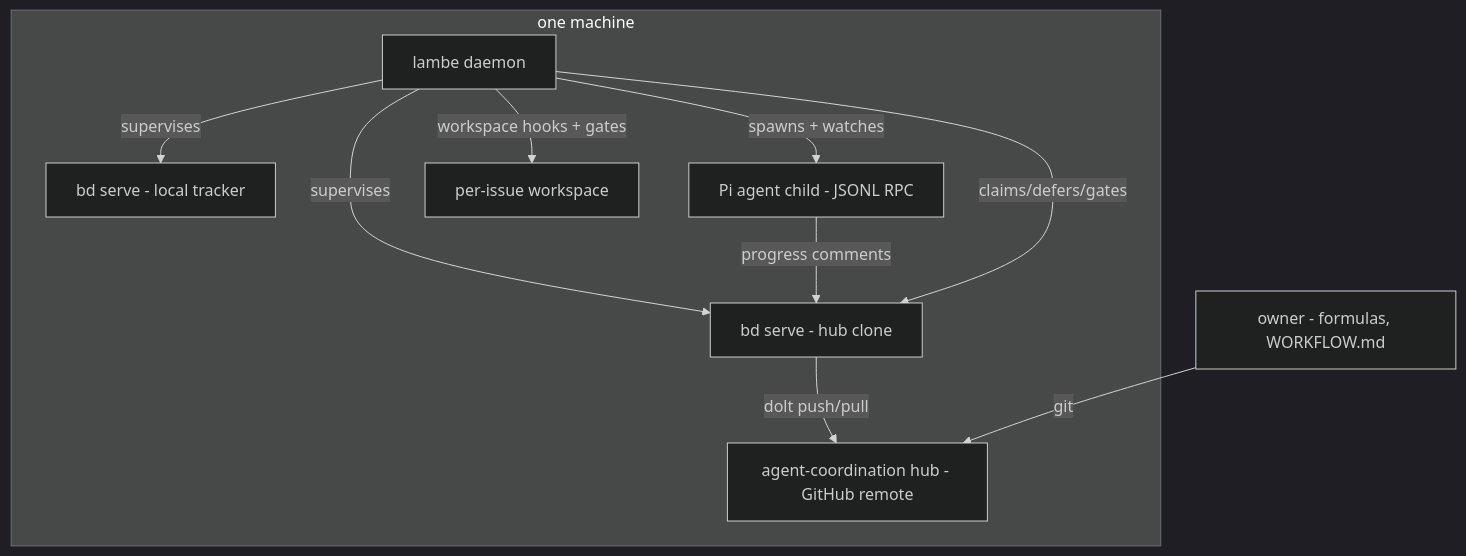
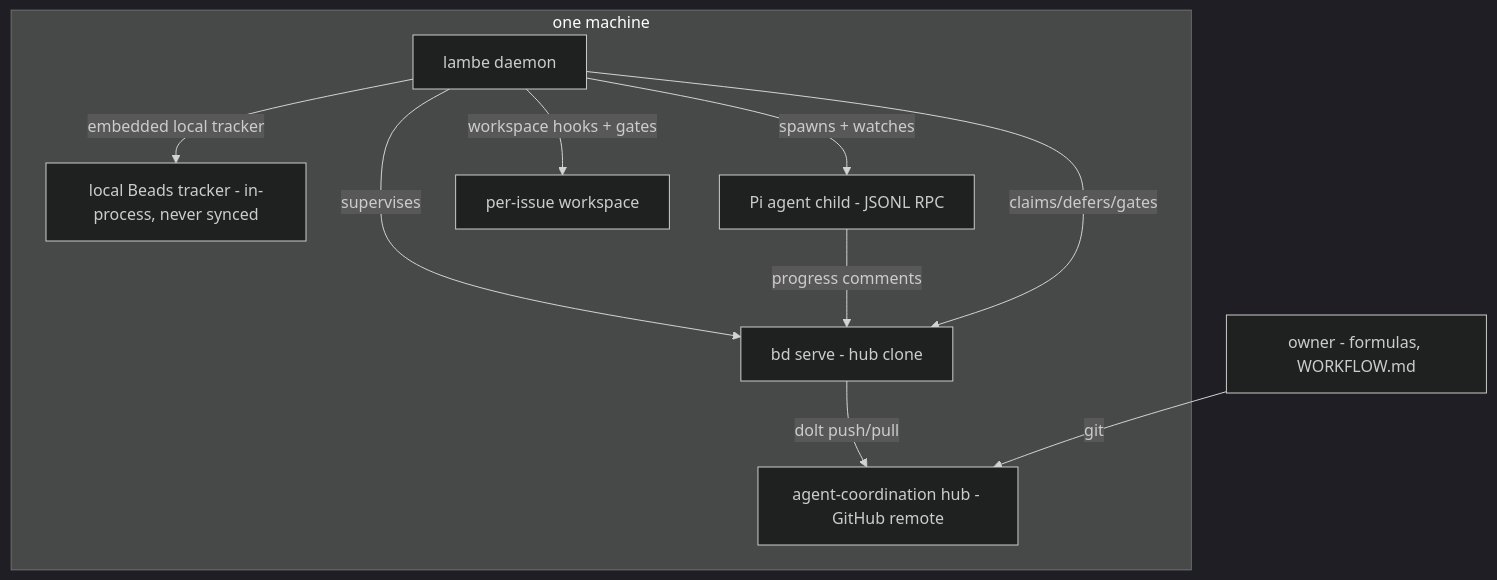
The first of 2 diagrams in docs/plans/2026-11-15-1256-feat-lambe-slice-one-plan.md (andrew-bierman/lambe), drawn with Mermaid (dark theme) before and after one commit. The commit also changed other lines of this file, not shown here.

````diff
--- a/docs/plans/2026-11-15-1256-feat-lambe-slice-one-plan.md
+++ b/docs/plans/2026-11-15-1256-feat-lambe-slice-one-plan.md
@@ -138,13 +139,13 @@
 ```mermaid
 flowchart TB
     subgraph machine[one machine]
         lambe[lambe daemon] -->|supervises| bds[bd serve - hub clone]
-        lambe -->|supervises| bdl[bd serve - local tracker]
+        lambe -->|embedded local tracker| bdl[local Beads tracker - in-process, never synced]
         lambe -->|spawns + watches| pi[Pi agent child - JSONL RPC]
         lambe -->|workspace hooks + gates| ws[per-issue workspace]
         pi -->|progress comments| bds
         lambe -->|claims/defers/gates| bds
         bds -->|dolt push/pull| hub[agent-coordination hub - GitHub remote]
     end
     owner[owner - formulas, WORKFLOW.md] -->|git| hub
 ```
````
